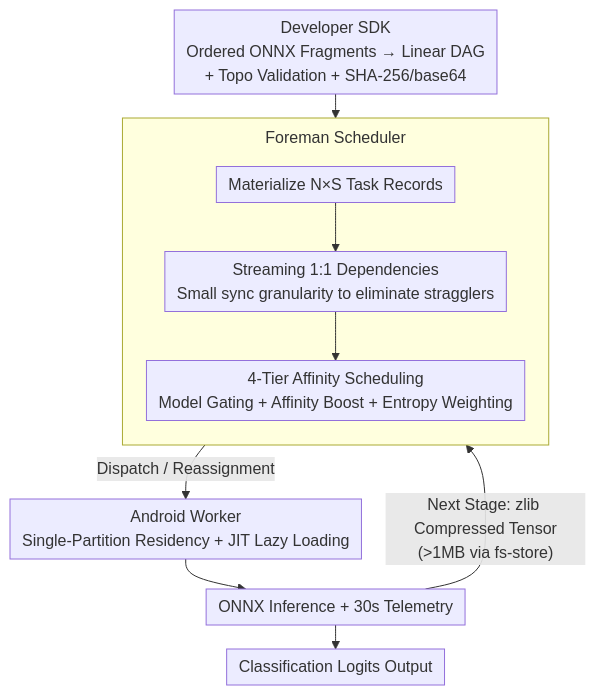
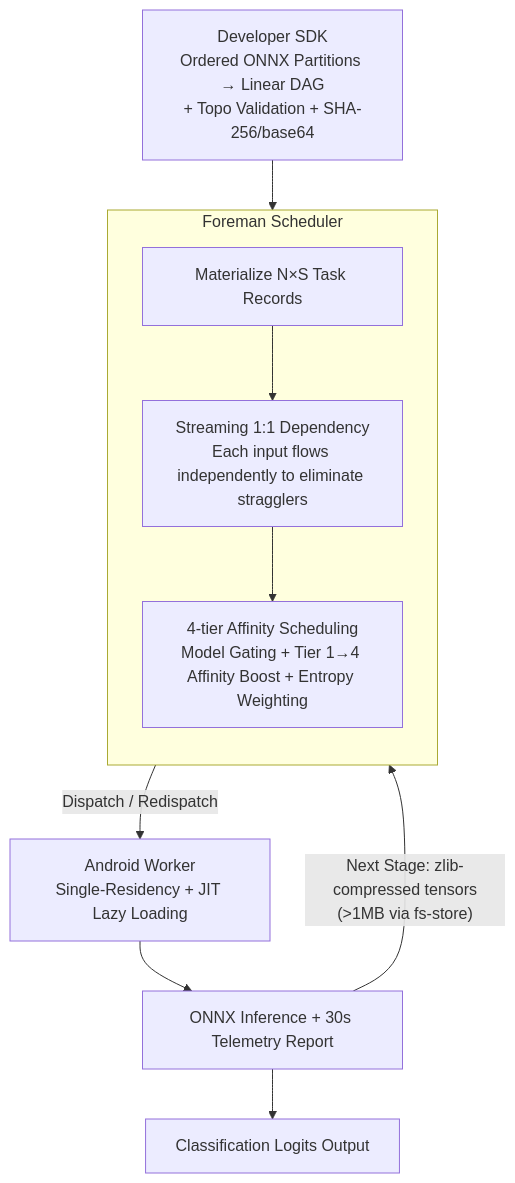
One commit to zhaoyang97/Paper-Notes-en changed the diagram in docs/ICML2026/model_compression/memory-efficient_partitioned_dnn_inference_on_resource-constrained_android_crowd.md. Above: the diagram before and after it, drawn with Mermaid. The commit also changed other lines of this file and 5084 other files, not shown here.

````diff
--- a/docs/ICML2026/model_compression/memory-efficient_partitioned_dnn_inference_on_resource-constrained_android_crowd.md
+++ b/docs/ICML2026/model_compression/memory-efficient_partitioned_dnn_inference_on_resource-constrained_android_crowd.md
@@ -48,14 +48,13 @@
 ```mermaid
-%%{init: {'flowchart': {'rankSpacing': 24, 'nodeSpacing': 28, 'padding': 6, 'wrappingWidth': 400, 'subGraphTitleMargin': {'top': 8, 'bottom': 16}}}}%%
-flowchart TD
-    A["Developer SDK<br/>Ordered ONNX Fragments → Linear DAG<br/>+ Topo Validation + SHA-256/base64"] --> B
+graph TD
+    A["Developer SDK<br/>Ordered ONNX Partitions → Linear DAG<br/>+ Topo Validation + SHA-256/base64"] --> B
     subgraph FM["Foreman Scheduler"]
         direction TB
-        B["Materialize N×S Task Records"] --> C["Streaming 1:1 Dependencies<br/>Small sync granularity to eliminate stragglers"]
-        C --> D["4-Tier Affinity Scheduling<br/>Model Gating + Affinity Boost + Entropy Weighting"]
+        B["Materialize N×S Task Records"] --> C["Streaming 1:1 Dependency<br/>Each input flows independently to eliminate stragglers"]
+        C --> D["4-tier Affinity Scheduling<br/>Model Gating + Tier 1→4 Affinity Boost + Entropy Weighting"]
     end
-    D -->|"Dispatch / Reassignment"| E["Android Worker<br/>Single-Partition Residency + JIT Lazy Loading"]
-    E --> F["ONNX Inference + 30s Telemetry"]
-    F -->|"Next Stage: zlib Compressed Tensor<br/>(>1MB via fs-store)"| C
+    D -->|"Dispatch / Redispatch"| E["Android Worker<br/>Single-Residency + JIT Lazy Loading"]
+    E --> F["ONNX Inference + 30s Telemetry Report"]
+    F -->|"Next Stage: zlib-compressed tensors<br/>(>1MB via fs-store)"| C
     F --> G["Classification Logits Output"]
 ```
````
